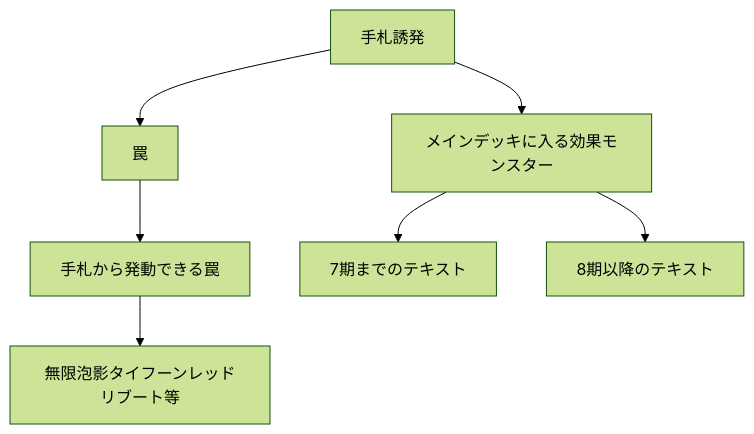
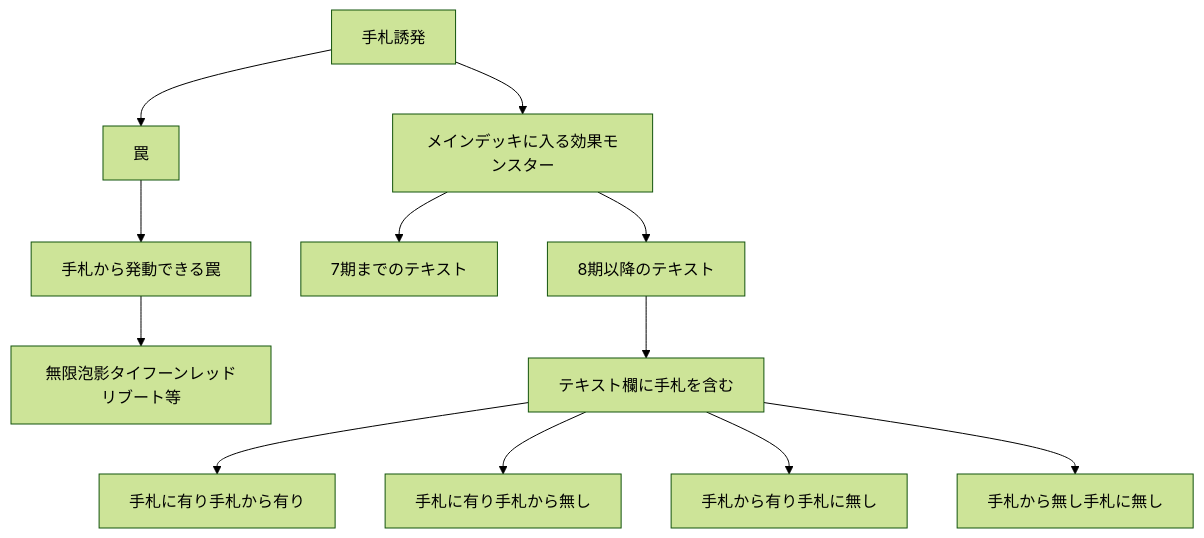
One commit to mirayugioh/allHandTrapList changed the diagram in mermaidTest.md. Above: the diagram before and after it, drawn with Mermaid (forest theme).

Commit message:
mermaidTest.md の更新

````diff
--- a/mermaidTest.md
+++ b/mermaidTest.md
@@ -3,9 +3,14 @@
 ```mermaid
 graph TD;
     手札誘発-->罠;
     罠-->手札から発動できる罠;
     手札から発動できる罠-->無限泡影タイフーンレッドリブート等;
     手札誘発-->メインデッキに入る効果モンスター;
     メインデッキに入る効果モンスター-->7期までのテキスト;
     メインデッキに入る効果モンスター-->8期以降のテキスト;
+8期以降のテキスト-->テキスト欄に手札を含む;
+    テキスト欄に手札を含む-->手札に有り手札から有り;
+    テキスト欄に手札を含む-->手札に有り手札から無し;
+    テキスト欄に手札を含む-->手札から有り手札に無し;
+    テキスト欄に手札を含む-->手札から無し手札に無し;
 ```
````
